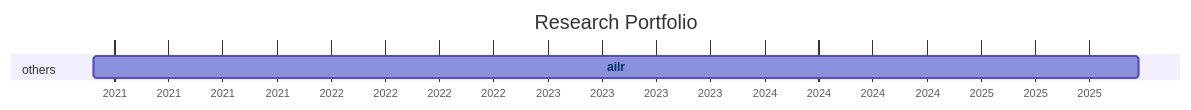
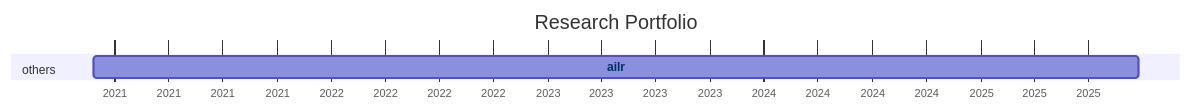
The diagram in docs/20-research/25-projects-gantt.md (digital-work-lab/handbook), drawn with Mermaid before and after one commit. The commit also changed 73 other files, not shown here.

````diff
--- a/docs/20-research/25-projects-gantt.md
+++ b/docs/20-research/25-projects-gantt.md
@@ -8,21 +8,21 @@
 ```mermaid
 ---
 displayMode: compact
 ---
 gantt
 title Research Portfolio
 dateFormat YYYY-MM-DD
 axisFormat %Y
 
     section work_practices
 
     section distributed_organizing
 
     section knowledge_synthesis
 
     section others
-        ailr :ailr, 2020-11-26, 2025-09-23
+        ailr :ailr, 2020-11-26, 2025-09-24
 
 
     click ailr href "{{ site.baseurl }}/docs/10-lab/18-resources/ailr.html"
 ```
````
